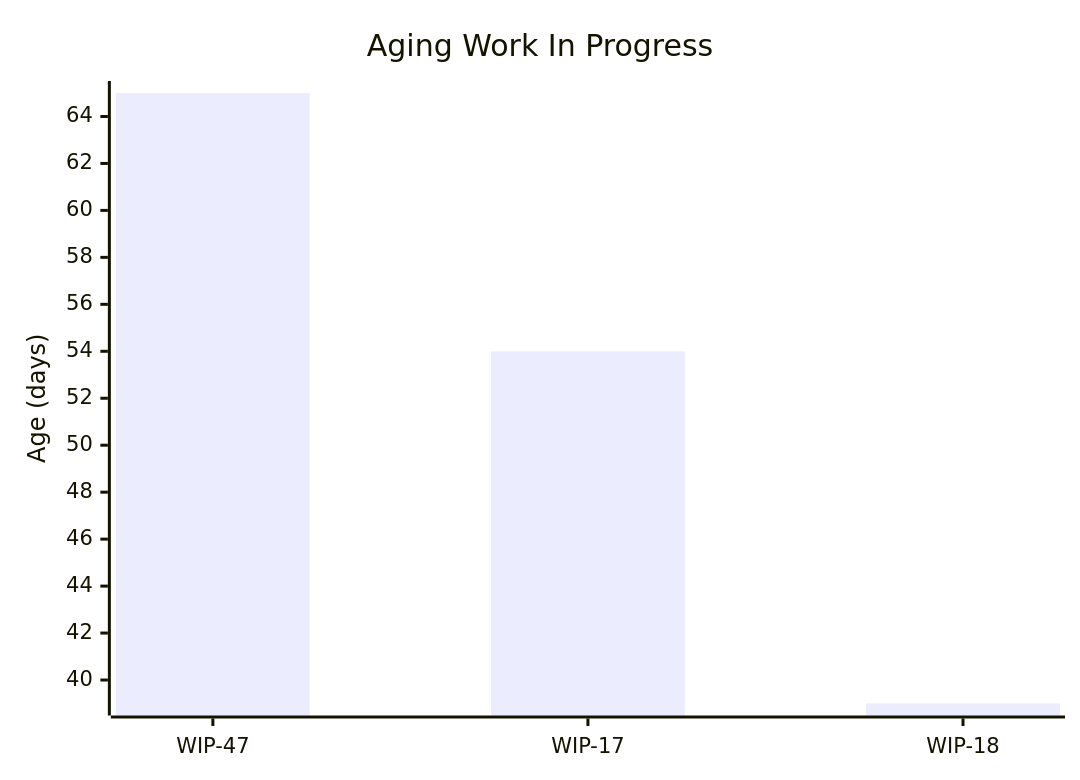
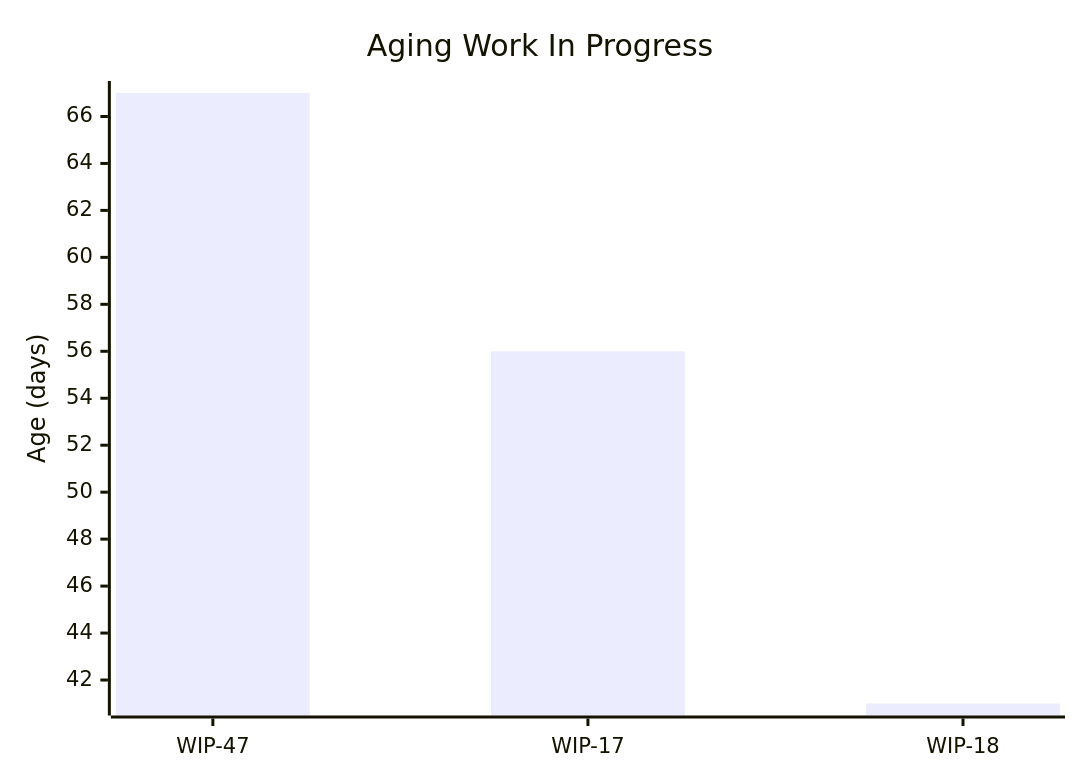
The first of 5 diagrams in data/samples/reports/sample_data_large/priorities/Lowest.md (cbroult/predictability-engine), drawn with Mermaid before and after one commit. The commit also changed other lines of this file and 73 other files, not shown here.

````diff
--- a/data/samples/reports/sample_data_large/priorities/Lowest.md
+++ b/data/samples/reports/sample_data_large/priorities/Lowest.md
@@ -29,7 +29,7 @@
 ```mermaid
 xychart-beta
     title "Aging Work In Progress"
     x-axis ["WIP-47", "WIP-17", "WIP-18"]
     y-axis "Age (days)"
-    bar "Age" [65, 54, 39]
+    bar "Age" [67, 56, 41]
 ```
````
